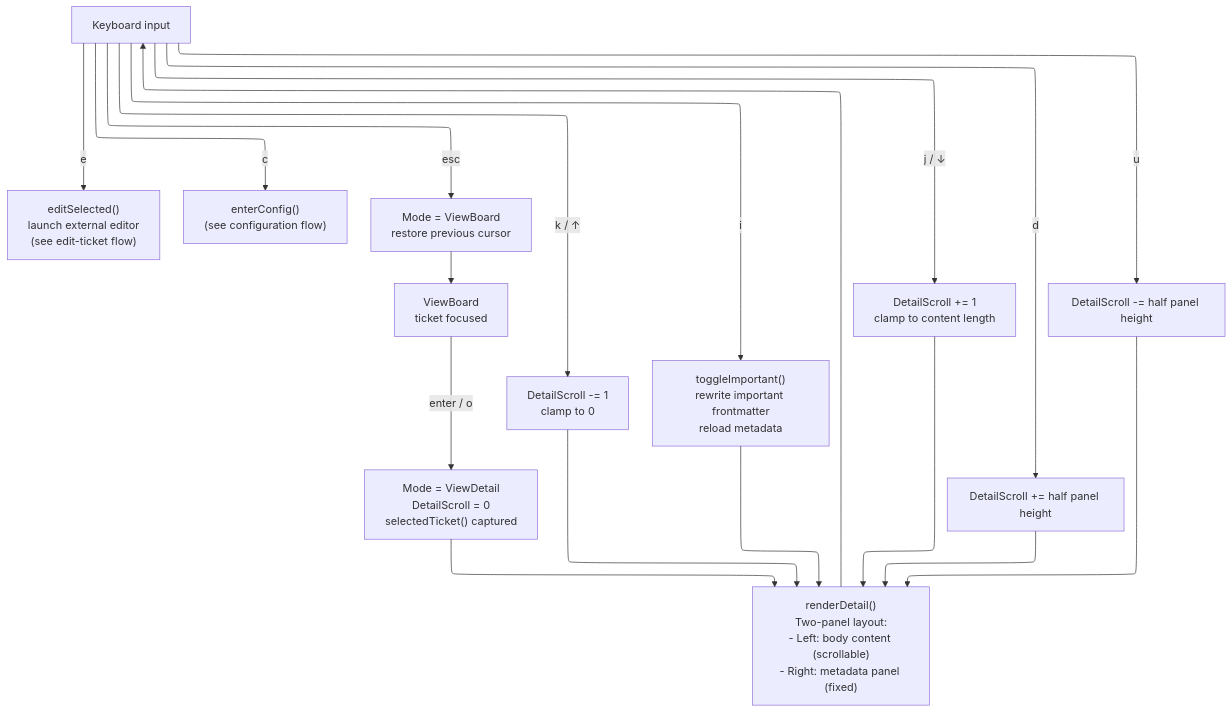
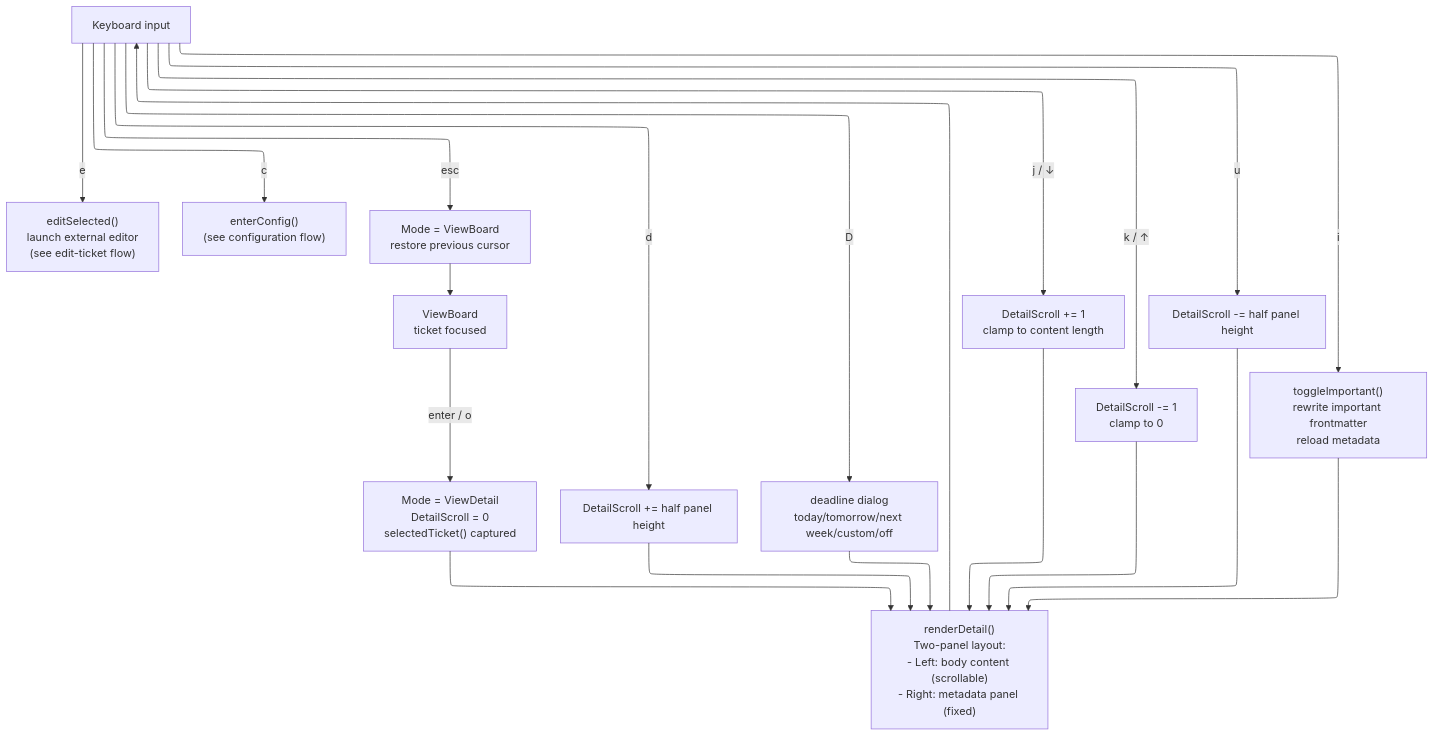
Before and after one commit to dawidsok/tickcats: the first of 3 diagrams in docs/flows/detail-view.md, drawn with Mermaid. The commit also changed 11 other files, not shown here.

````diff
--- a/docs/flows/detail-view.md
+++ b/docs/flows/detail-view.md
@@ -7,30 +7,33 @@
 ```mermaid
 %%{init: {"flowchart": {"defaultRenderer": "elk"}} }%%
 flowchart TD
     Board["ViewBoard\nticket focused"] -->|"enter / o"| OpenDetail["Mode = ViewDetail\nDetailScroll = 0\nselectedTicket() captured"]
     OpenDetail --> Render["renderDetail()\nTwo-panel layout:\n- Left: body content (scrollable)\n- Right: metadata panel (fixed)"]
 
     Render --> Loop["Keyboard input"]
 
     Loop -->|"j / ↓"| ScrollDown["DetailScroll += 1\nclamp to content length"]
     ScrollDown --> Render
 
     Loop -->|"k / ↑"| ScrollUp["DetailScroll -= 1\nclamp to 0"]
     ScrollUp --> Render
 
     Loop -->|"d"| PageDown["DetailScroll += half panel height"]
     PageDown --> Render
 
     Loop -->|"u"| PageUp["DetailScroll -= half panel height"]
     PageUp --> Render
 
     Loop -->|"i"| Important["toggleImportant()\nrewrite important frontmatter\nreload metadata"]
     Important --> Render
 
+    Loop -->|"D"| Deadline["deadline dialog\ntoday/tomorrow/next week/custom/off"]
+    Deadline --> Render
+
     Loop -->|"e"| Edit["editSelected()\nlaunch external editor\n(see edit-ticket flow)"]
 
     Loop -->|"c"| Config["enterConfig()\n(see configuration flow)"]
 
     Loop -->|"esc"| Back["Mode = ViewBoard\nrestore previous cursor"]
     Back --> Board
 ```
````
